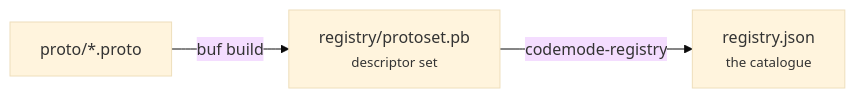
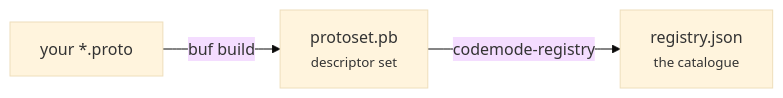
Before and after one commit to mukezhz/codemode: the first of 2 diagrams in docs/content/capabilities.md, drawn with Mermaid (base theme). The commit also changed other lines of this file and 66 other files, not shown here.

````diff
--- a/docs/content/capabilities.md
+++ b/docs/content/capabilities.md
@@ -96,5 +111,5 @@
 ```mermaid
 flowchart LR
-  proto["proto/*.proto"] -->|buf build| pb["registry/protoset.pb<br/><small>descriptor set</small>"]
+  proto["your *.proto"] -->|buf build| pb["protoset.pb<br/><small>descriptor set</small>"]
   pb -->|codemode-registry| json["registry.json<br/><small>the catalogue</small>"]
 ```
````
